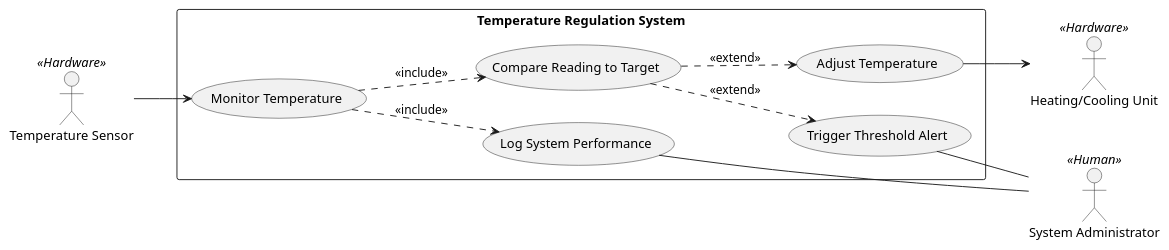
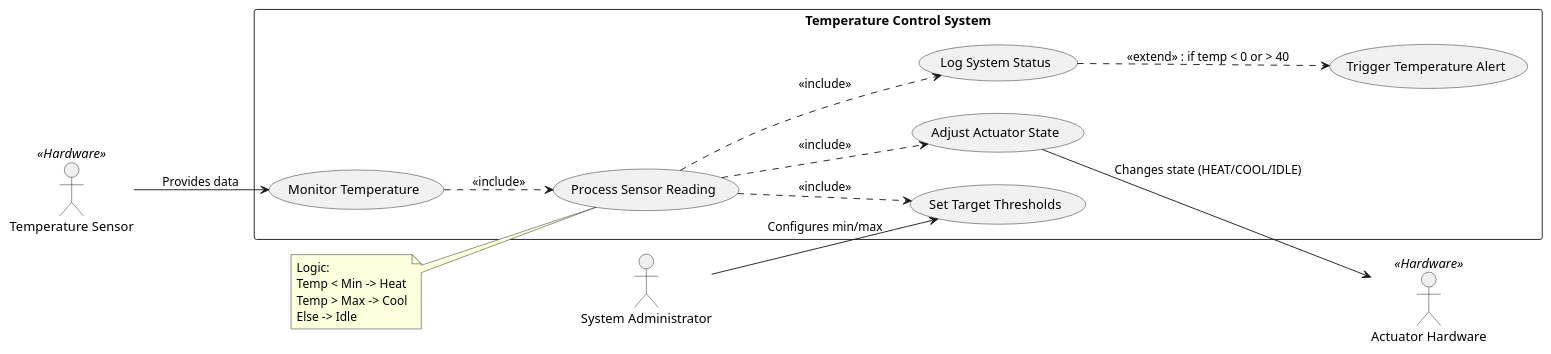
Before and after one commit to sargoschh/UCLan_AdvancedSoftwareModelling: the diagram in Assignment/UseCaseDiagram.puml, drawn with PlantUML. The commit also changed 27 other files, not shown here.

```diff
--- a/Assignment/UseCaseDiagram.puml
+++ b/Assignment/UseCaseDiagram.puml
@@ -1,28 +1,39 @@
 @startuml UseCaseDiagram
 left to right direction
 skinparam packageStyle rectangle
 
 actor "Temperature Sensor" as Sensor << Hardware >>
-actor "Heating/Cooling Unit" as Actuator << Hardware >>
-actor "System Administrator" as Admin << Human >>
+actor "System Administrator" as Admin
+actor "Actuator Hardware" as Actuator << Hardware >>
 
-rectangle "Temperature Regulation System" {
+rectangle "Temperature Control System" {
     usecase "Monitor Temperature" as UC1
-    usecase "Compare Reading to Target" as UC2
-    usecase "Adjust Temperature" as UC3
-    usecase "Log System Performance" as UC4
-    usecase "Trigger Threshold Alert" as UC5
-    
-    ' Logical Dependencies
-    UC1 ..> UC2 : <<include>>
-    UC1 ..> UC4 : <<include>> 
-    UC2 ..> UC3 : <<extend>>
-    UC2 ..> UC5 : <<extend>>
+    usecase "Process Sensor Reading" as UC2
+    usecase "Adjust Actuator State" as UC3
+    usecase "Log System Status" as UC4
+    usecase "Trigger Temperature Alert" as UC5
+    usecase "Set Target Thresholds" as UC6
 }
 
-Sensor --> UC1
-UC3 --> Actuator
-UC5 -- Admin
-UC4 -- Admin
+' Relationships
+Sensor --> UC1 : Provides data
+UC1 ..> UC2 : <<include>>
+
+' The relationship you identified:
+UC2 ..> UC6 : <<include>>
+
+UC2 ..> UC3 : <<include>>
+UC2 ..> UC4 : <<include>>
+UC4 ..> UC5 : <<extend>> : if temp < 0 or > 40
+
+UC3 --> Actuator : Changes state (HEAT/COOL/IDLE)
+Admin --> UC6 : Configures min/max
+
+note left of UC2
+  Logic:
+  Temp < Min -> Heat
+  Temp > Max -> Cool
+  Else -> Idle
+end note
 
 @enduml
```
